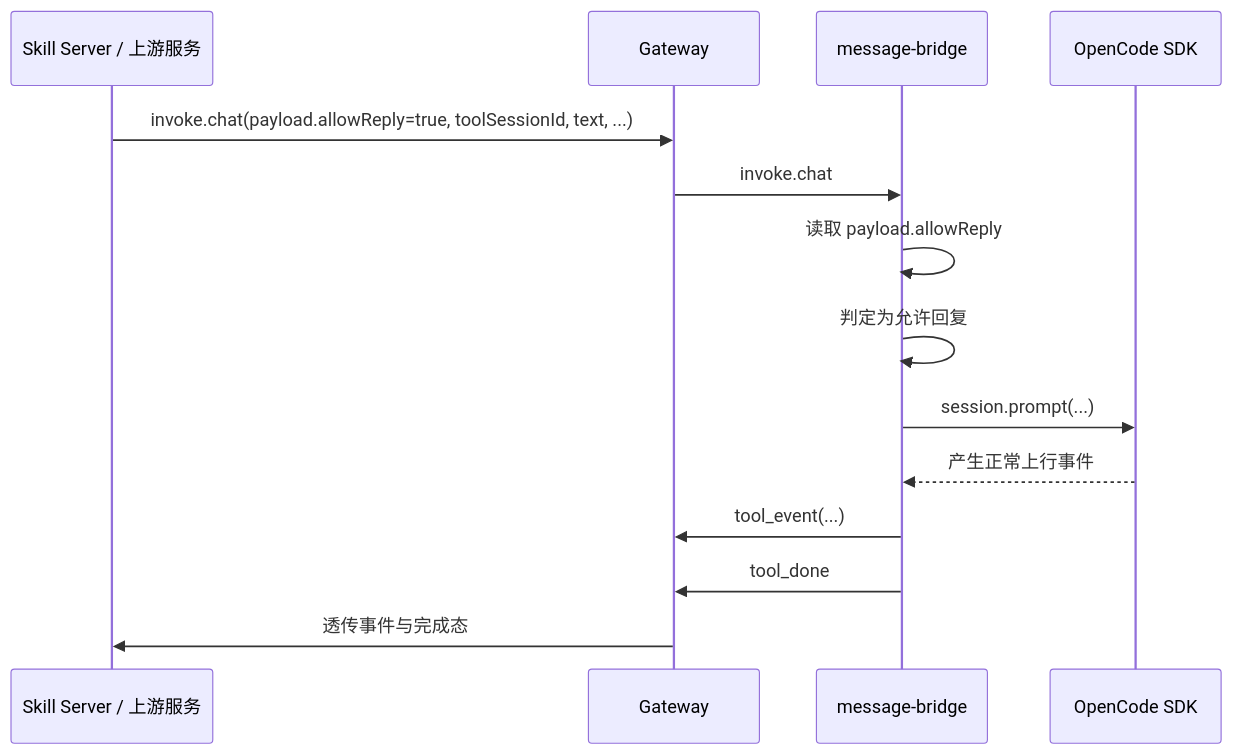
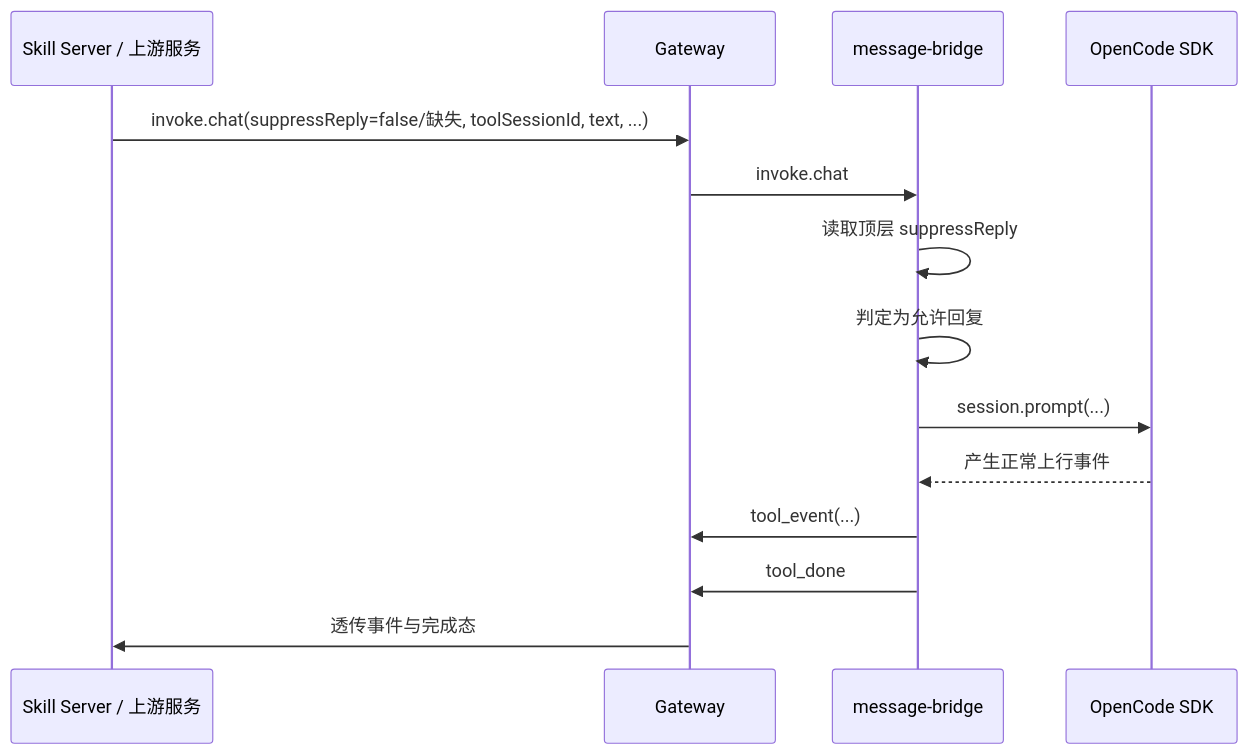
The first of 3 diagrams in plugins/message-bridge/docs/design/group-chat-reply-control-design.md (yuzhangCZ/agent-plugin), drawn with Mermaid before and after one commit. The commit also changed other lines of this file and 6 other files, not shown here.

Commit message:
fix(message-bridge): align deny flag with suppressReply

````diff
--- a/plugins/message-bridge/docs/design/group-chat-reply-control-design.md
+++ b/plugins/message-bridge/docs/design/group-chat-reply-control-design.md
@@ -320,17 +329,17 @@
 ```mermaid
 sequenceDiagram
   participant SS as Skill Server / 上游服务
   participant GW as Gateway
   participant MB as message-bridge
   participant OC as OpenCode SDK
 
-  SS->>GW: invoke.chat(payload.allowReply=true, toolSessionId, text, ...)
+  SS->>GW: invoke.chat(suppressReply=false/缺失, toolSessionId, text, ...)
   GW->>MB: invoke.chat
-  MB->>MB: 读取 payload.allowReply
+  MB->>MB: 读取顶层 suppressReply
   MB->>MB: 判定为允许回复
   MB->>OC: session.prompt(...)
   OC-->>MB: 产生正常上行事件
   MB->>GW: tool_event(...)
   MB->>GW: tool_done
   GW->>SS: 透传事件与完成态
 ```
````
